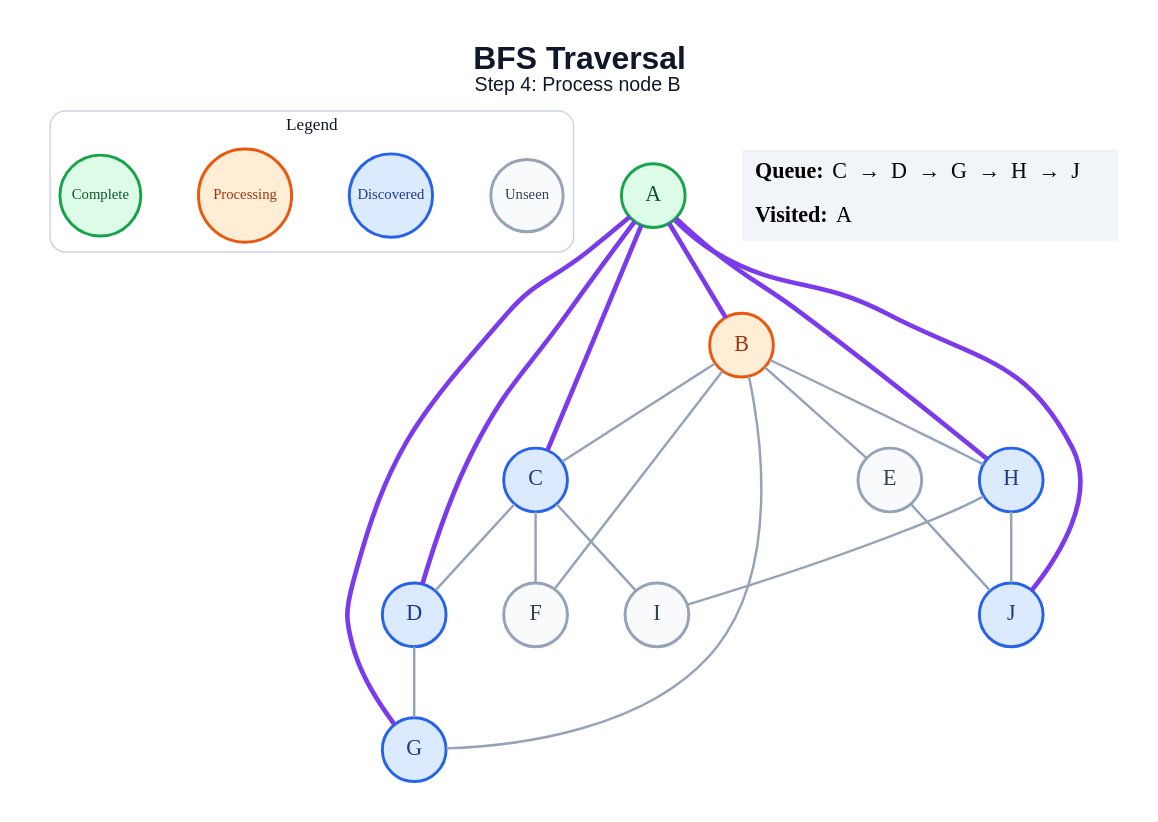
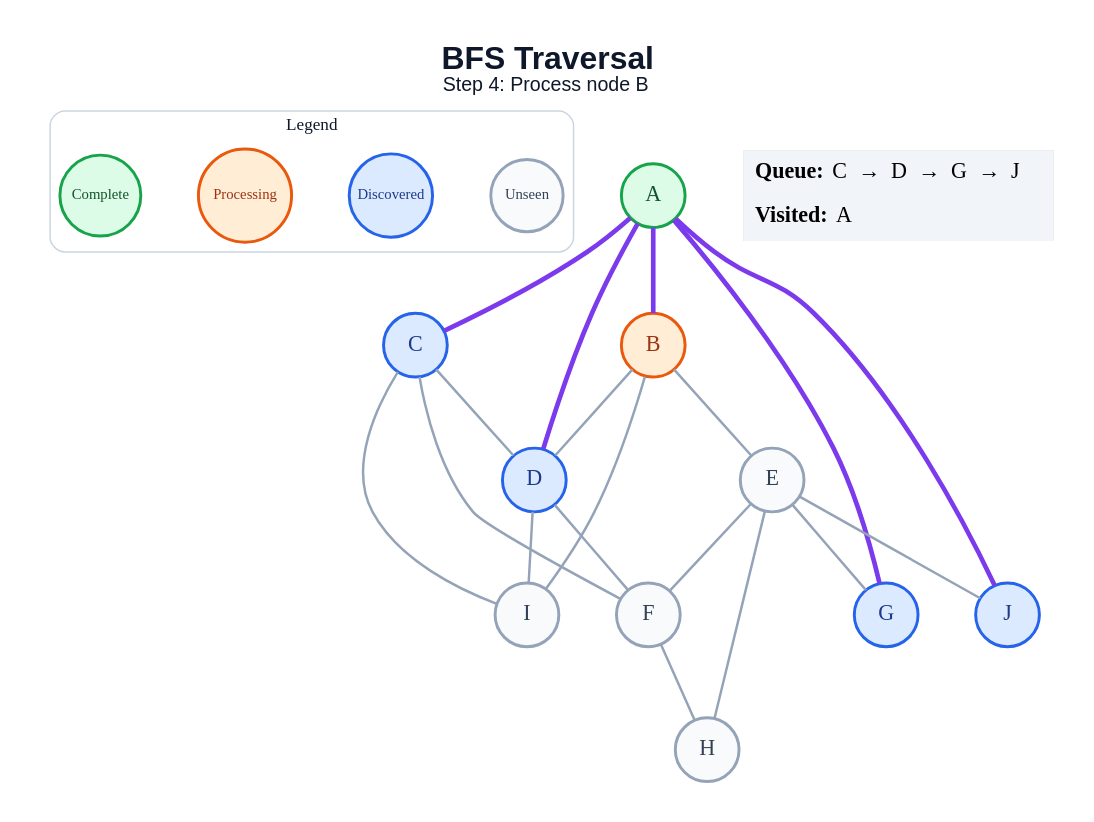
Before and after one commit to amanghodawala9/ai-slop: the diagram in generated/bfs/step_04.dot, drawn with Graphviz. The commit also changed 178 other files, not shown here.

```diff
--- a/generated/bfs/step_04.dot
+++ b/generated/bfs/step_04.dot
@@ -1,47 +1,47 @@
 graph traversal {
   graph [layout=dot, rankdir=TB, bgcolor="#FFFFFF", pad="0.35", nodesep="0.65", ranksep="0.8", fontname="Arial"];
   node [shape=circle, style="filled", fontname="Arial Bold", fontsize=18, width=0.72, fixedsize=true, penwidth=2.4];
   edge [color="#94A3B8", penwidth=2.0];
   label=<<B>BFS Traversal</B><BR/><FONT POINT-SIZE="16">Step 4: Process node B</FONT>>; labelloc="t"; fontsize=26; fontname="Arial"; fontcolor="#0F172A";
   subgraph cluster_legend { label="Legend"; color="#CBD5E1"; penwidth=1.2; style="rounded"; fontsize=14; fontname="Arial Bold";
     key_unseen [label="Unseen", fillcolor="#F8FAFC", color="#94A3B8", fontcolor="#334155", fontsize=12, width=0.82];
     key_frontier [label="Discovered", fillcolor="#DBEAFE", color="#2563EB", fontcolor="#1E3A8A", fontsize=12, width=0.95];
     key_current [label="Processing", fillcolor="#FFEDD5", color="#EA580C", fontcolor="#9A3412", fontsize=12, width=1.05];
     key_done [label="Complete", fillcolor="#DCFCE7", color="#16A34A", fontcolor="#14532D", fontsize=12, width=0.92];
     { rank=same; key_unseen; key_frontier; key_current; key_done; }
   }
   A [fillcolor="#DCFCE7", color="#16A34A", fontcolor="#14532D"];
   B [fillcolor="#FFEDD5", color="#EA580C", fontcolor="#9A3412"];
   C [fillcolor="#DBEAFE", color="#2563EB", fontcolor="#1E3A8A"];
   D [fillcolor="#DBEAFE", color="#2563EB", fontcolor="#1E3A8A"];
   E [fillcolor="#F8FAFC", color="#94A3B8", fontcolor="#334155"];
   F [fillcolor="#F8FAFC", color="#94A3B8", fontcolor="#334155"];
   G [fillcolor="#DBEAFE", color="#2563EB", fontcolor="#1E3A8A"];
-  H [fillcolor="#DBEAFE", color="#2563EB", fontcolor="#1E3A8A"];
+  H [fillcolor="#F8FAFC", color="#94A3B8", fontcolor="#334155"];
   I [fillcolor="#F8FAFC", color="#94A3B8", fontcolor="#334155"];
   J [fillcolor="#DBEAFE", color="#2563EB", fontcolor="#1E3A8A"];
   A -- B [color="#7C3AED", penwidth=3.8];
   A -- C [color="#7C3AED", penwidth=3.8];
   A -- D [color="#7C3AED", penwidth=3.8];
   A -- G [color="#7C3AED", penwidth=3.8];
-  A -- H [color="#7C3AED", penwidth=3.8];
   A -- J [color="#7C3AED", penwidth=3.8];
-  B -- C;
+  B -- D;
   B -- E;
-  B -- F;
-  B -- G;
-  B -- H;
+  B -- I;
   C -- D;
   C -- F;
   C -- I;
-  D -- G;
+  D -- F;
+  D -- I;
+  E -- F;
+  E -- G;
+  E -- H;
   E -- J;
-  H -- I;
-  H -- J;
+  F -- H;
   status [shape=plain, fixedsize=false, width=0, height=0, margin=0, label=<
     <TABLE BORDER="0" CELLBORDER="0" CELLPADDING="7" BGCOLOR="#F1F5F9">
-      <TR><TD ALIGN="LEFT"><B>Queue:</B> C  →  D  →  G  →  H  →  J</TD></TR>
+      <TR><TD ALIGN="LEFT"><B>Queue:</B> C  →  D  →  G  →  J</TD></TR>
       <TR><TD ALIGN="LEFT"><B>Visited:</B> A</TD></TR>
     </TABLE>
   >];
 }
```
